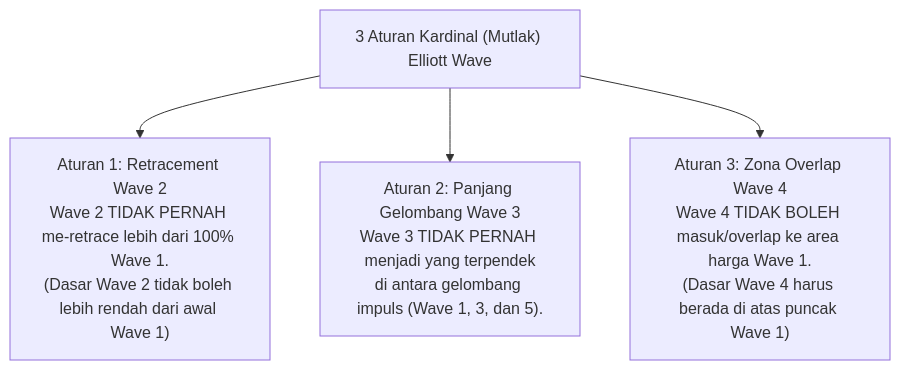
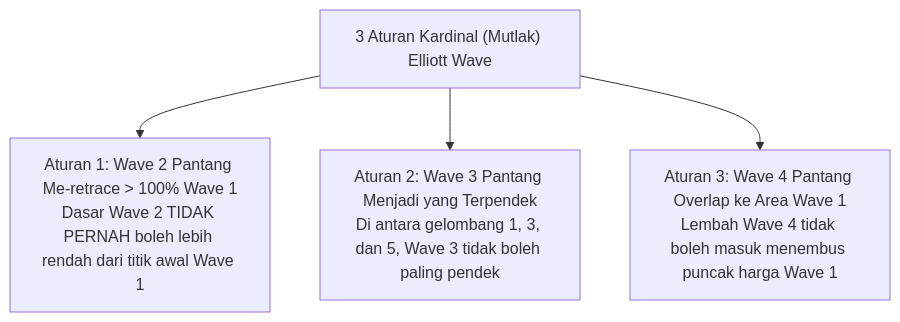
Before and after one commit to AlulCode45/Trading-Learning-Path: the third of 5 diagrams in docs/edianto-ong/22-elliott-wave-theory.md, drawn with Mermaid. The commit also changed other lines of this file and 29 other files, not shown here.

Commit message:
docs(edianto-ong): upgrade all 29 chapters with beginner analogies, diagrams, step-by-step guides, and case studies

````diff
--- a/docs/edianto-ong/22-elliott-wave-theory.md
+++ b/docs/edianto-ong/22-elliott-wave-theory.md
@@ -60,7 +89,7 @@
 ```mermaid
 graph TD
     Rules["3 Aturan Kardinal (Mutlak) Elliott Wave"]
-    Rules --> Rule1["Aturan 1: Retracement Wave 2<br/>Wave 2 TIDAK PERNAH me-retrace lebih dari 100% Wave 1.<br/>(Dasar Wave 2 tidak boleh lebih rendah dari awal Wave 1)"]
-    Rules --> Rule2["Aturan 2: Panjang Gelombang Wave 3<br/>Wave 3 TIDAK PERNAH menjadi yang terpendek<br/>di antara gelombang impuls (Wave 1, 3, dan 5)."]
-    Rules --> Rule3["Aturan 3: Zona Overlap Wave 4<br/>Wave 4 TIDAK BOLEH masuk/overlap ke area harga Wave 1.<br/>(Dasar Wave 4 harus berada di atas puncak Wave 1)"]
+    Rules --> Rule1["Aturan 1: Wave 2 Pantang Me-retrace > 100% Wave 1<br/>Dasar Wave 2 TIDAK PERNAH boleh lebih rendah dari titik awal Wave 1"]
+    Rules --> Rule2["Aturan 2: Wave 3 Pantang Menjadi yang Terpendek<br/>Di antara gelombang 1, 3, dan 5, Wave 3 tidak boleh paling pendek"]
+    Rules --> Rule3["Aturan 3: Wave 4 Pantang Overlap ke Area Wave 1<br/>Lembah Wave 4 tidak boleh masuk menembus puncak harga Wave 1"]
 ```
````
